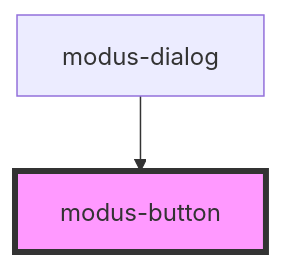
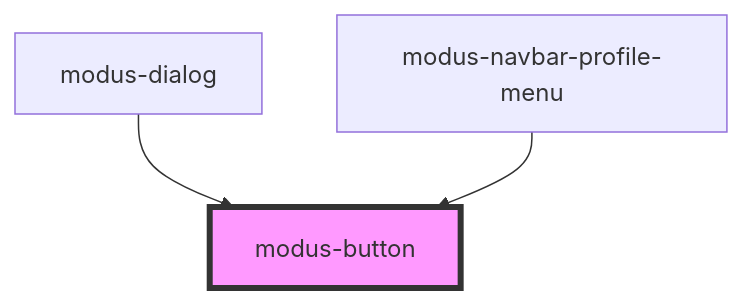
The diagram in src/components/modus-button/readme.md (trimble-oss/modus-web-components), drawn with Mermaid before and after one commit. The commit also changed other lines of this file and 8 other files, not shown here.

First line of the commit message:
Create Navbar Profile Menu

````diff
--- a/src/components/modus-button/readme.md
+++ b/src/components/modus-button/readme.md
@@ -32,5 +33,6 @@
 ```mermaid
 graph TD;
   modus-dialog --> modus-button
+  modus-navbar-profile-menu --> modus-button
   style modus-button fill:#f9f,stroke:#333,stroke-width:4px
 ```
````
